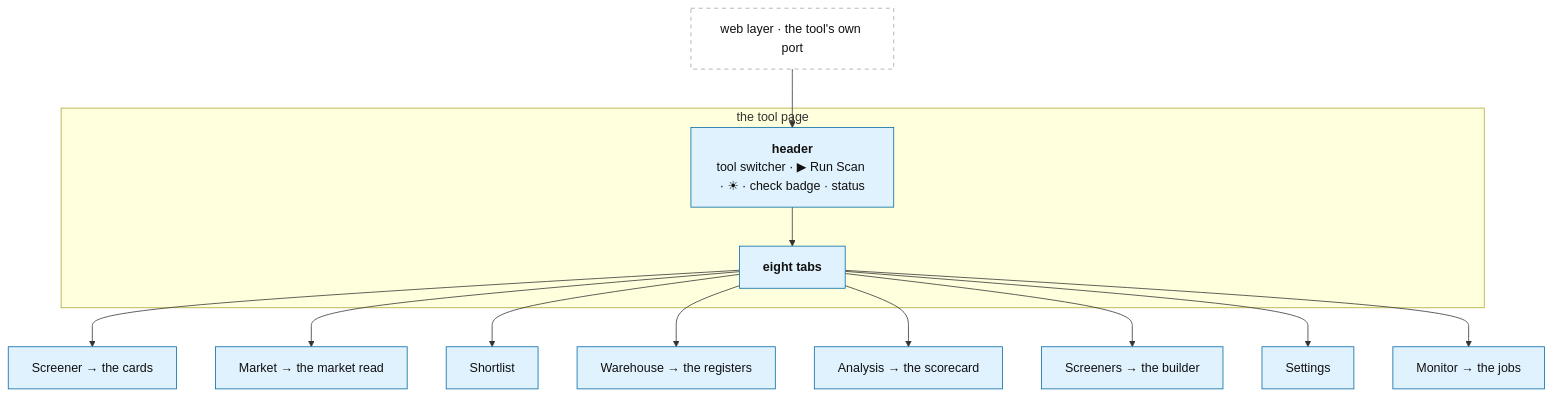
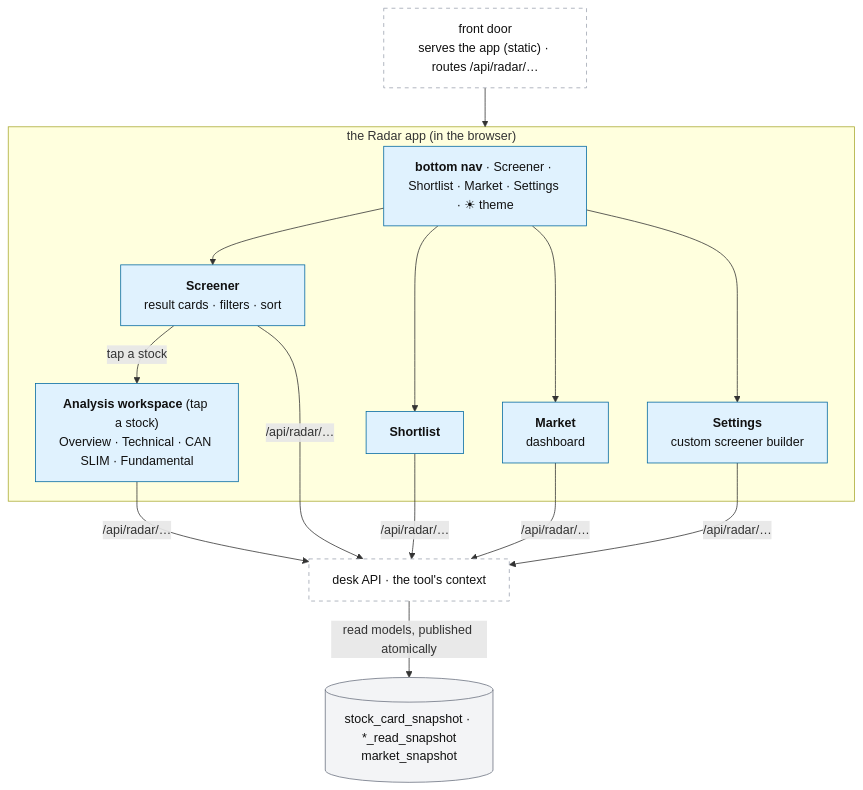
Before and after one commit to Mohamed-albadri-1995/Trade-Disk: the diagram in design/03-desk/tool/PAGES.md, drawn with Mermaid. The commit also changed other lines of this file and 2 other files, not shown here.

First line of the commit message:
Design: backward-fit PAGES/WEB/DESK to the product-apps model

````diff
--- a/design/03-desk/tool/PAGES.md
+++ b/design/03-desk/tool/PAGES.md
@@ -34,21 +55,22 @@
 ```mermaid
 flowchart TB
-  WEB["web layer · the tool's own port"] --> HEAD
-  subgraph PAGE["the tool page"]
-    HEAD["<b>header</b><br/>tool switcher · ▶ Run Scan · ☀ · check badge · status"]
-    TABS["<b>eight tabs</b>"]
+  FD["front door<br/>serves the app (static) · routes /api/radar/…"] --> APP
+  subgraph APP["the Radar app (in the browser)"]
+    NAV["<b>bottom nav</b> · Screener · Shortlist · Market · Settings · ☀ theme"]
+    SCR["<b>Screener</b><br/>result cards · filters · sort"]
+    SL["<b>Shortlist</b>"]
+    MKT["<b>Market</b><br/>dashboard"]
+    SET["<b>Settings</b><br/>custom screener builder"]
+    AW["<b>Analysis workspace</b> (tap a stock)<br/>Overview · Technical · CAN SLIM · Fundamental"]
   end
-  HEAD --> TABS
-  TABS --> SCR["Screener → the cards"]
-  TABS --> MKT["Market → the market read"]
-  TABS --> SL["Shortlist"]
-  TABS --> WH["Warehouse → the registers"]
-  TABS --> AN["Analysis → the scorecard"]
-  TABS --> SB["Screeners → the builder"]
-  TABS --> SET["Settings"]
-  TABS --> MON["Monitor → the jobs"]
-  classDef tool fill:#e0f2fe,stroke:#0369a1,color:#111;
+  NAV --> SCR & SL & MKT & SET
+  SCR -->|"tap a stock"| AW
+  SCR & SL & MKT & SET & AW -->|"/api/radar/…"| API["desk API · the tool's context"]
+  API -->|"read models, published atomically"| RM[("stock_card_snapshot · *_read_snapshot<br/>market_snapshot")]
+  classDef app fill:#e0f2fe,stroke:#0369a1,color:#111;
+  classDef store fill:#f3f4f6,stroke:#6b7280,color:#111;
   classDef ext fill:#ffffff,stroke:#9ca3af,stroke-dasharray: 5 5,color:#111;
-  class HEAD,TABS,SCR,MKT,SL,WH,AN,SB,SET,MON tool;
-  class WEB ext;
+  class NAV,SCR,SL,MKT,SET,AW app;
+  class RM store;
+  class FD,API ext;
 ```
````
